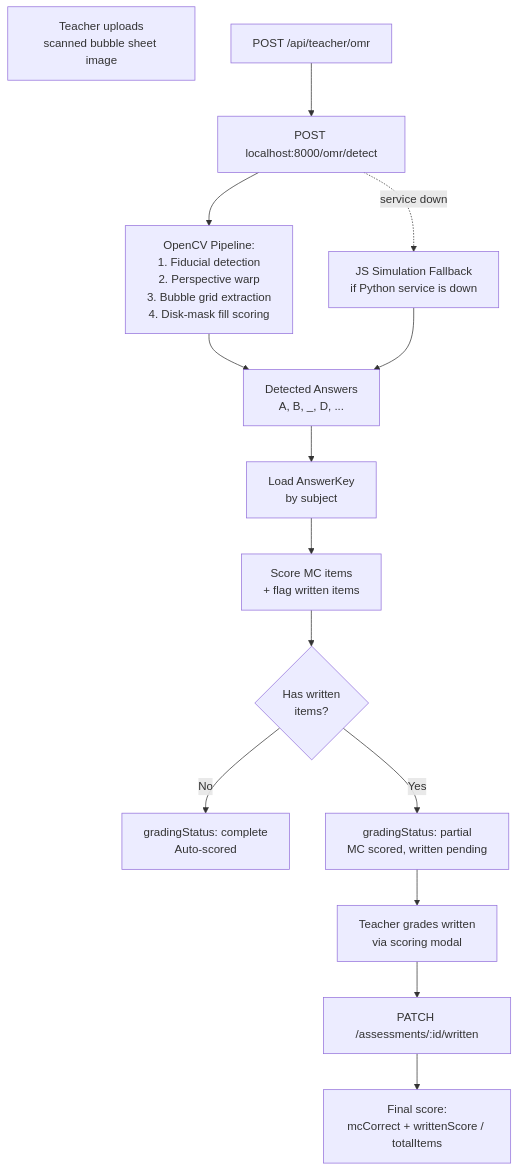
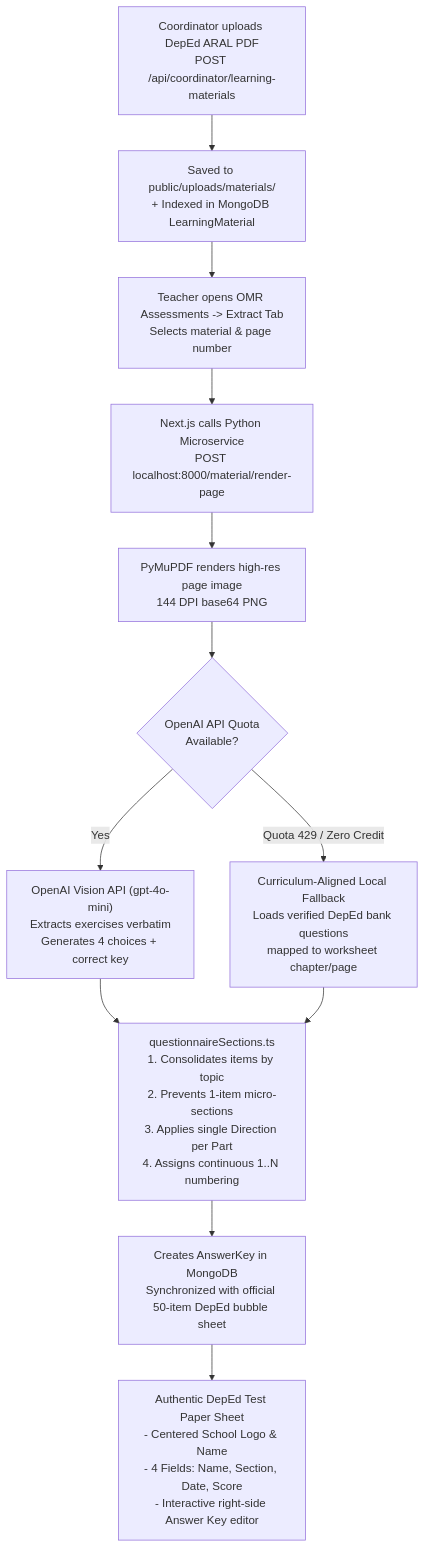
The third of 7 diagrams in SYSTEM_FLOW.md (MPedrealba/AralSync), drawn with Mermaid before and after one commit. The commit also changed other lines of this file and 24 other files, not shown here.

````diff
--- a/SYSTEM_FLOW.md
+++ b/SYSTEM_FLOW.md
@@ -162,26 +154,30 @@
 ```mermaid
 flowchart TB
-    Upload["Teacher uploads\nscanned bubble sheet image"]
-    API["POST /api/teacher/omr"]
-    Python["POST localhost:8000/omr/detect"]
-    OpenCV["OpenCV Pipeline:\n1. Fiducial detection\n2. Perspective warp\n3. Bubble grid extraction\n4. Disk-mask fill scoring"]
-    Fallback["JS Simulation Fallback\nif Python service is down"]
+    Upload["Coordinator uploads DepEd ARAL PDF\nPOST /api/coordinator/learning-materials"]
+    Storage["Saved to public/uploads/materials/\n+ Indexed in MongoDB LearningMaterial"]
+    SelectPage["Teacher opens OMR Assessments -> Extract Tab\nSelects material & page number"]
 
-    API --> Python
-    Python --> OpenCV
-    Python -.->|service down| Fallback
+    Render["Next.js calls Python Microservice\nPOST localhost:8000/material/render-page"]
+    PyMuPDF["PyMuPDF renders high-res page image\n144 DPI base64 PNG"]
 
-    OpenCV --> Answers["Detected Answers\nA, B, _, D, ..."]
-    Fallback --> Answers
+    VisionAPI{"OpenAI API Quota\nAvailable?"}
+    OpenAI["OpenAI Vision API (gpt-4o-mini)\nExtracts exercises verbatim\nGenerates 4 choices + correct key"]
+    Fallback["Curriculum-Aligned Local Fallback\nLoads verified DepEd bank questions\nmapped to worksheet chapter/page"]
 
-    Answers --> Key["Load AnswerKey\nby subject"]
-    Key --> Score["Score MC items\n+ flag written items"]
+    Structure["questionnaireSections.ts\n1. Consolidates items by topic\n2. Prevents 1-item micro-sections\n3. Applies single Direction per Part\n4. Assigns continuous 1..N numbering"]
 
-    Score --> Partial{Has written\nitems?}
-    Partial -->|No| Complete["gradingStatus: complete\nAuto-scored"]
-    Partial -->|Yes| Pending["gradingStatus: partial\nMC scored, written pending"]
+    SaveKey["Creates AnswerKey in MongoDB\nSynchronized with official 50-item DepEd bubble sheet"]
+    Preview["Authentic DepEd Test Paper Sheet\n- Centered School Logo & Name\n- 4 Fields: Name, Section, Date, Score\n- Interactive right-side Answer Key editor"]
 
-    Pending --> TeacherGrade["Teacher grades written\nvia scoring modal"]
-    TeacherGrade --> PATCH["PATCH /assessments/:id/written"]
-    PATCH --> Final["Final score:\nmcCorrect + writtenScore / totalItems"]
+    Upload --> Storage
+    Storage --> SelectPage
+    SelectPage --> Render
+    Render --> PyMuPDF
+    PyMuPDF --> VisionAPI
+    VisionAPI -->|Yes| OpenAI
+    VisionAPI -->|Quota 429 / Zero Credit| Fallback
+    OpenAI --> Structure
+    Fallback --> Structure
+    Structure --> SaveKey
+    SaveKey --> Preview
 ```
````
